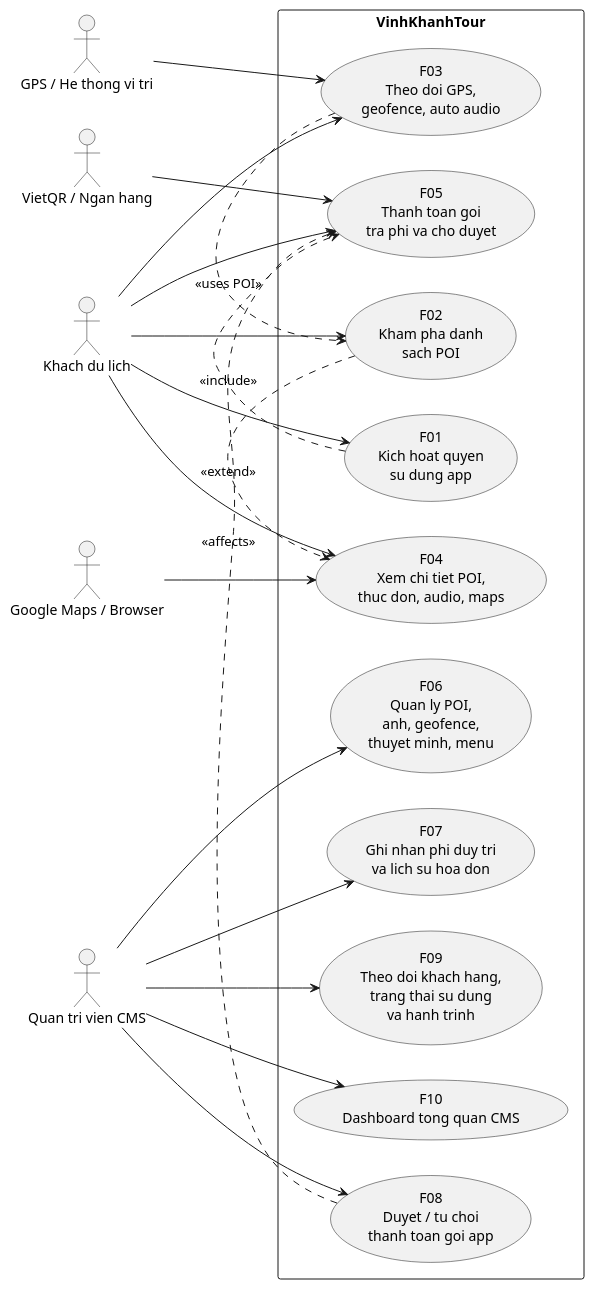
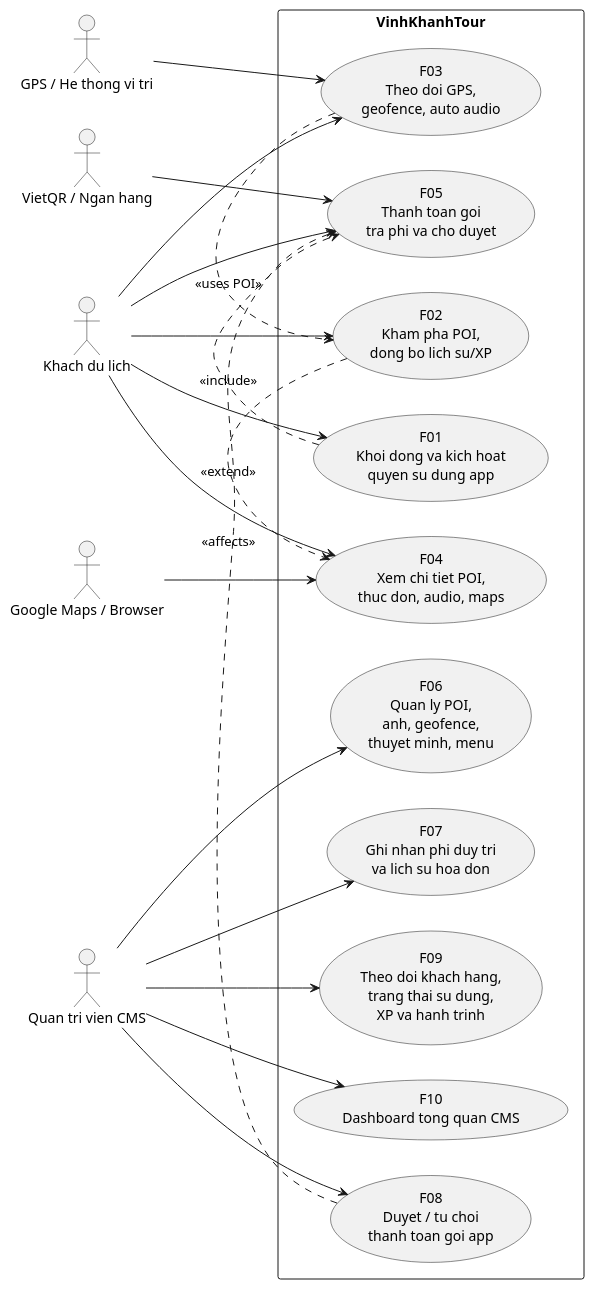
Before and after one commit to VoBao182/PhoAmThuc: the diagram in docs/diagrams/00-overall-usecase.puml, drawn with PlantUML. The commit also changed other lines of this file and 60 other files, not shown here.

```diff
--- a/docs/diagrams/00-overall-usecase.puml
+++ b/docs/diagrams/00-overall-usecase.puml
@@ -1,64 +1,70 @@
 @startuml
 ' Diagram: F00 - Use case tong the he thong
 ' Status: WIP
-' Baseline: branch master, HEAD a5fde70
+' Baseline: branch master, HEAD 0b9ca4b + working tree 2026-04-22
 ' Source:
+' - VinhKhanhTourDemo/App.xaml.cs
+' - VinhKhanhTourDemo/LaunchPage.xaml.cs
+' - VinhKhanhTourDemo/SubscriptionState.cs
+' - VinhKhanhTourDemo/DeviceIdentity.cs
 ' - VinhKhanhTourDemo/MainPage.xaml.cs
 ' - VinhKhanhTourDemo/DetailPage.xaml.cs
 ' - VinhKhanhTourDemo/SubscriptionPage.xaml.cs
 ' - VinhKhanhTourDemo/PaymentPage.xaml.cs
 ' - VinhKhanhTourDemo/PaymentStatusPage.xaml.cs
+' - VinhKhanhTourDemo/FoodImageCatalog.cs
 ' - VinhKhanhTour.API/Controllers/PoiController.cs
 ' - VinhKhanhTour.API/Controllers/ThuyetMinhController.cs
 ' - VinhKhanhTour.API/Controllers/HeartbeatController.cs
 ' - VinhKhanhTour.API/Controllers/SubscriptionController.cs
 ' - VinhKhanhTour.CMS/Pages/Poi/*.cshtml.cs
 ' - VinhKhanhTour.CMS/Pages/ThanhToan/*.cshtml.cs
 ' - VinhKhanhTour.CMS/Pages/DuyetThanhToan/Index.cshtml.cs
 ' - VinhKhanhTour.CMS/Pages/BanDo/Index.cshtml.cs
 ' - VinhKhanhTour.CMS/Pages/BanDo/Index.cshtml
-' Note: Da doi chieu lai sau khi module BanDo chuyen tu live map JS sang trang tong hop khach hang render server-side.
+' - VinhKhanhTour.CMS/Utils/ImageUrlHelper.cs
+' Note: Da cap nhat theo worktree hien tai: LaunchPage, DeviceIdentity, restore profile/XP, payment polling, va BanDo filter/sort/XP.
 left to right direction
 skinparam packageStyle rectangle
 
 actor "Khach du lich" as Guest
 actor "Quan tri vien CMS" as Admin
 actor "GPS / He thong vi tri" as GPS
 actor "Google Maps / Browser" as Maps
 actor "VietQR / Ngan hang" as Bank
 
 rectangle "VinhKhanhTour" {
-  usecase "F01\nKich hoat quyen\nsu dung app" as UC01
-  usecase "F02\nKham pha danh\nsach POI" as UC02
+  usecase "F01\nKhoi dong va kich hoat\nquyen su dung app" as UC01
+  usecase "F02\nKham pha POI,\ndong bo lich su/XP" as UC02
   usecase "F03\nTheo doi GPS,\ngeofence, auto audio" as UC03
   usecase "F04\nXem chi tiet POI,\nthuc don, audio, maps" as UC04
   usecase "F05\nThanh toan goi\ntra phi va cho duyet" as UC05
 
   usecase "F06\nQuan ly POI,\nanh, geofence,\nthuyet minh, menu" as UC06
   usecase "F07\nGhi nhan phi duy tri\nva lich su hoa don" as UC07
   usecase "F08\nDuyet / tu choi\nthanh toan goi app" as UC08
-  usecase "F09\nTheo doi khach hang,\ntrang thai su dung\nva hanh trinh" as UC09
+  usecase "F09\nTheo doi khach hang,\ntrang thai su dung,\nXP va hanh trinh" as UC09
   usecase "F10\nDashboard tong quan CMS" as UC10
 }
 
 Guest --> UC01
 Guest --> UC02
 Guest --> UC03
 Guest --> UC04
 Guest --> UC05
 
 Admin --> UC06
 Admin --> UC07
 Admin --> UC08
 Admin --> UC09
 Admin --> UC10
 
 GPS --> UC03
 Maps --> UC04
 Bank --> UC05
 
 UC02 .> UC04 : <<extend>>
 UC01 .> UC05 : <<include>>
 UC08 .> UC05 : <<affects>>
 UC03 .> UC02 : <<uses POI>>
 @enduml
```
